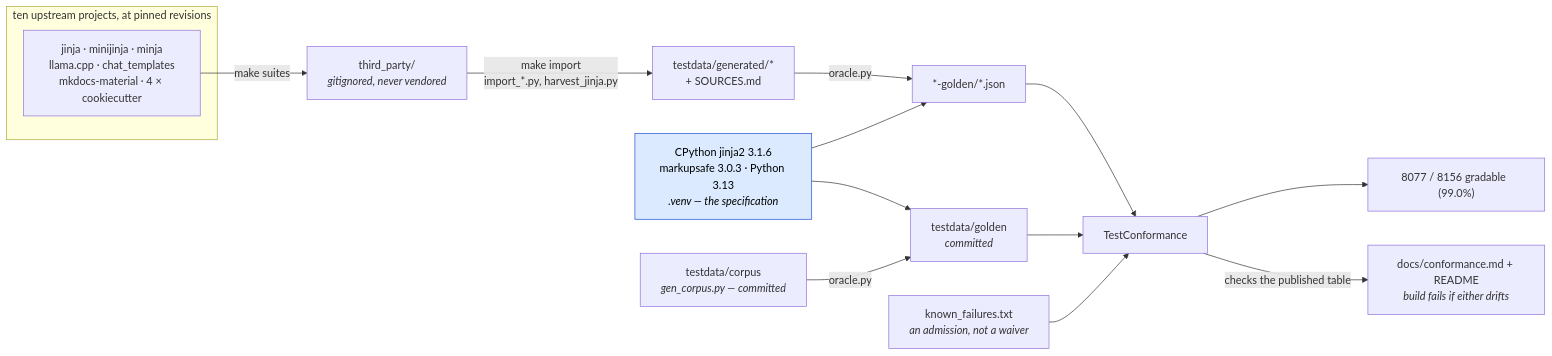
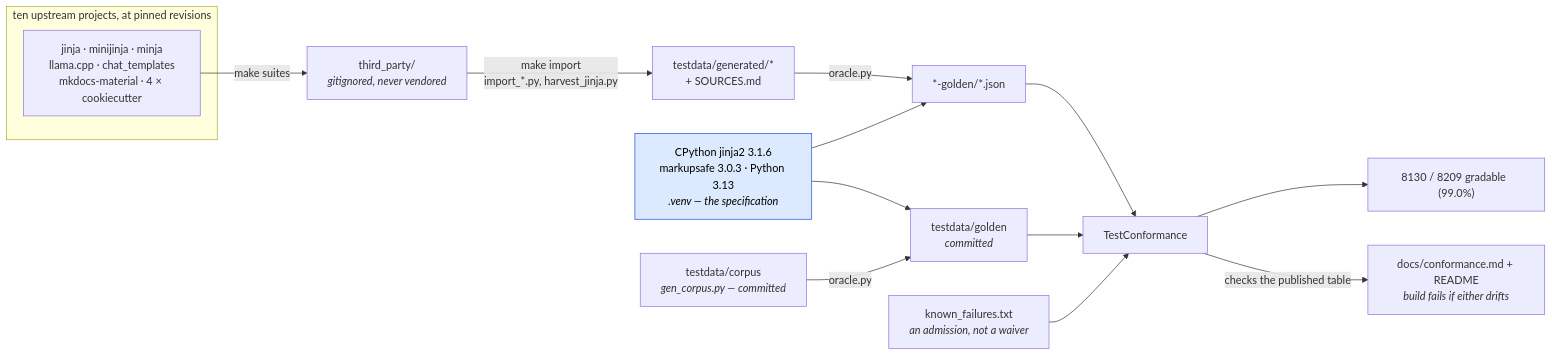
Before and after one commit to mgilbir/gojja2: the first of 2 diagrams in docs/conformance.md, drawn with Mermaid. The commit also changed other lines of this file and 611 other files, not shown here.

````diff
--- a/docs/conformance.md
+++ b/docs/conformance.md
@@ -17,24 +17,24 @@
 ```mermaid
 flowchart LR
     subgraph up["ten upstream projects, at pinned revisions"]
         U1["jinja · minijinja · minja<br/>llama.cpp · chat_templates<br/>mkdocs-material · 4 × cookiecutter"]
     end
     U1 -->|"make suites"| TP["third_party/<br/><i>gitignored, never vendored</i>"]
     TP -->|"make import<br/>import_*.py, harvest_jinja.py"| GEN["testdata/generated/*<br/>+ SOURCES.md"]
 
     ORA["CPython jinja2 3.1.6<br/>markupsafe 3.0.3 · Python 3.13<br/><i>.venv — the specification</i>"]
     GEN -->|"oracle.py"| G2["*-golden/*.json"]
     ORA --> G2
 
     OWN["testdata/corpus<br/><i>gen_corpus.py — committed</i>"] -->|"oracle.py"| G1["testdata/golden<br/><i>committed</i>"]
     ORA --> G1
 
     G1 --> TC["TestConformance"]
     G2 --> TC
     KF["known_failures.txt<br/><i>an admission, not a waiver</i>"] --> TC
-    TC --> RATE["8077 / 8156 gradable  (99.0%)"]
+    TC --> RATE["8130 / 8209 gradable  (99.0%)"]
     TC -->|"checks the published table"| RM["docs/conformance.md + README<br/><i>build fails if either drifts</i>"]
 
     classDef spec fill:#dbeafe,stroke:#1d4ed8,color:#000
     class ORA spec
 ```
````
